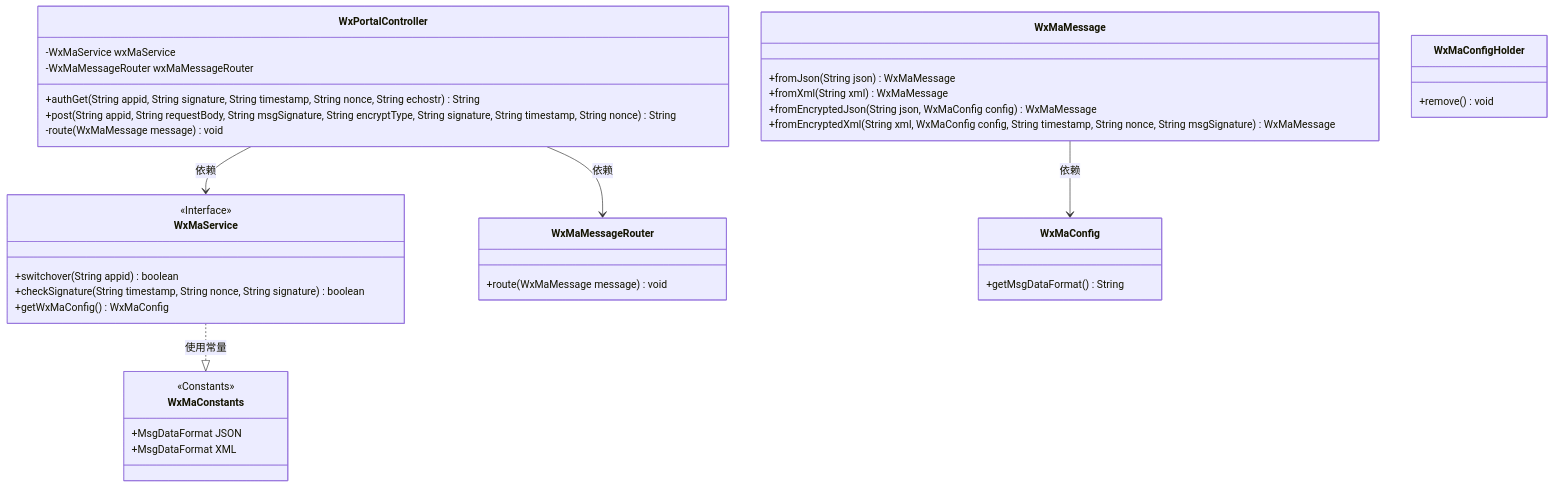
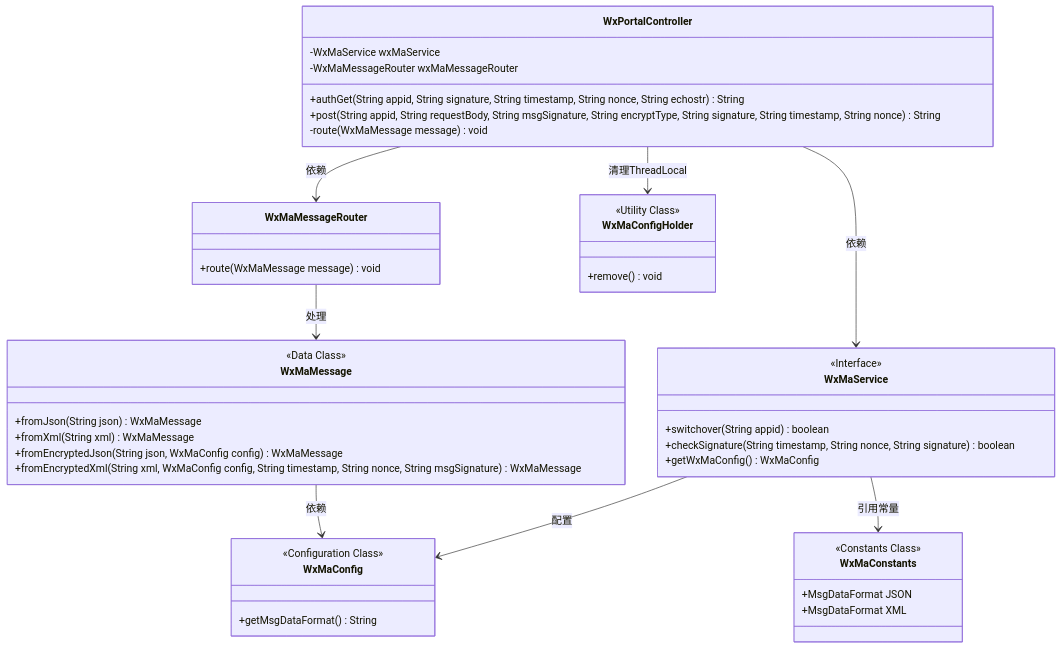
The first of 3 diagrams in docs/zh/docs/src/main/java/com/github/binarywang/demo/wx/miniapp/controller/WxPortalController.md (v-wjrong/rongwj666_weixin-java-miniapp-demo), drawn with Mermaid before and after one commit. The commit also changed other lines of this file and 42 other files, not shown here.

````diff
--- a/docs/zh/docs/src/main/java/com/github/binarywang/demo/wx/miniapp/controller/WxPortalController.md
+++ b/docs/zh/docs/src/main/java/com/github/binarywang/demo/wx/miniapp/controller/WxPortalController.md
@@ -36,47 +36,53 @@
 ```mermaid
 classDiagram
     class WxPortalController {
         -WxMaService wxMaService
         -WxMaMessageRouter wxMaMessageRouter
         +authGet(String appid, String signature, String timestamp, String nonce, String echostr) String
         +post(String appid, String requestBody, String msgSignature, String encryptType, String signature, String timestamp, String nonce) String
         -route(WxMaMessage message) void
     }
 
     class WxMaService {
         <<Interface>>
         +switchover(String appid) boolean
         +checkSignature(String timestamp, String nonce, String signature) boolean
         +getWxMaConfig() WxMaConfig
     }
 
     class WxMaMessageRouter {
         +route(WxMaMessage message) void
     }
 
     class WxMaMessage {
+        <<Data Class>>
         +fromJson(String json) WxMaMessage
         +fromXml(String xml) WxMaMessage
         +fromEncryptedJson(String json, WxMaConfig config) WxMaMessage
         +fromEncryptedXml(String xml, WxMaConfig config, String timestamp, String nonce, String msgSignature) WxMaMessage
     }
 
     class WxMaConfig {
+        <<Configuration Class>>
         +getMsgDataFormat() String
     }
 
-    class WxMaConfigHolder {
-        +remove() void
-    }
-
     class WxMaConstants {
-        <<Constants>>
+        <<Constants Class>>
         +MsgDataFormat JSON
         +MsgDataFormat XML
     }
 
+    class WxMaConfigHolder {
+        <<Utility Class>>
+        +remove() void
+    }
+
     WxPortalController --> WxMaService : 依赖
     WxPortalController --> WxMaMessageRouter : 依赖
+    WxMaMessageRouter --> WxMaMessage : 处理
     WxMaMessage --> WxMaConfig : 依赖
-    WxMaService ..|> WxMaConstants : 使用常量
+    WxMaService --> WxMaConfig : 配置
+    WxMaService --> WxMaConstants : 引用常量
+    WxPortalController --> WxMaConfigHolder : 清理ThreadLocal
 ```
````
